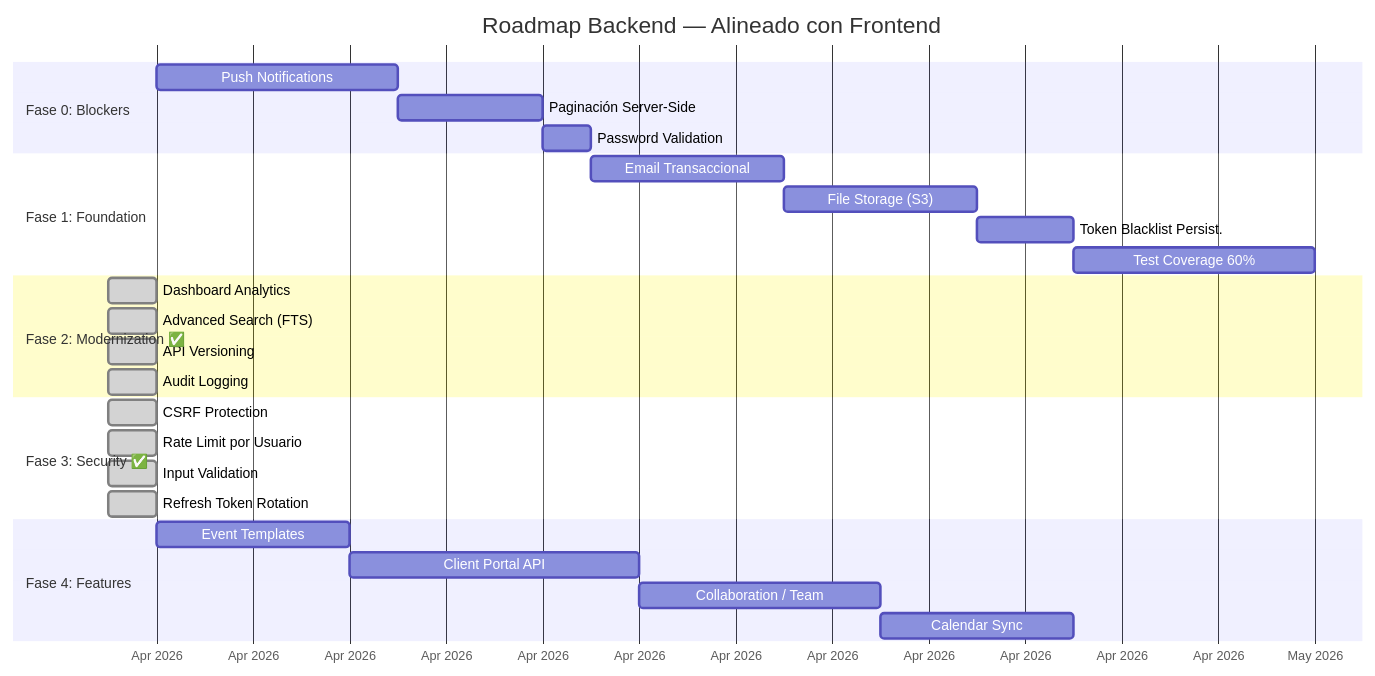
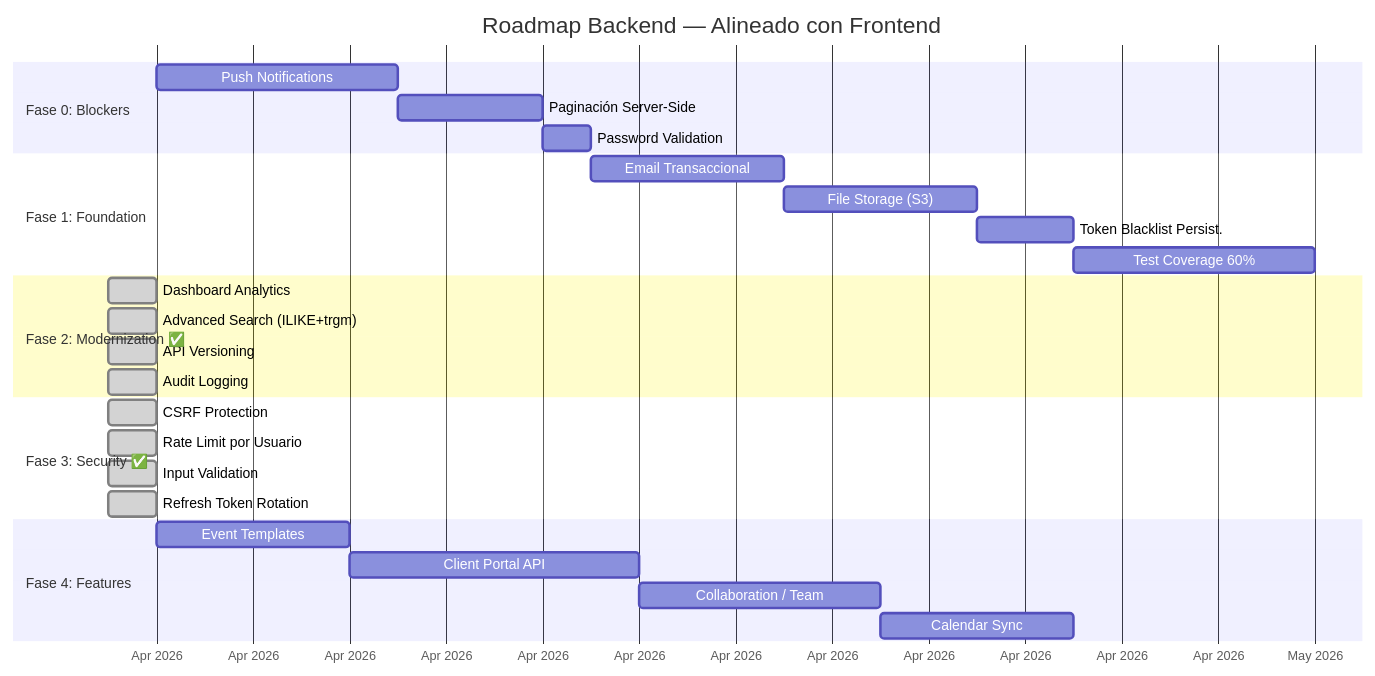
One commit to tiagofur/solennix changed the diagram in docs/Backend/Roadmap Backend.md. Above: the diagram before and after it, drawn with Mermaid. The commit also changed other lines of this file and 3 other files, not shown here.

````diff
--- a/docs/Backend/Roadmap Backend.md
+++ b/docs/Backend/Roadmap Backend.md
@@ -396,35 +398,35 @@
 ```mermaid
 gantt
     title Roadmap Backend — Alineado con Frontend
     dateFormat YYYY-MM-DD
     axisFormat %b %Y
 
     section Fase 0: Blockers
     Push Notifications         :f0a, 2026-04-07, 5d
     Paginación Server-Side     :f0b, after f0a, 3d
     Password Validation        :f0c, after f0b, 1d
 
     section Fase 1: Foundation
     Email Transaccional        :f1a, after f0c, 4d
     File Storage (S3)          :f1b, after f1a, 4d
     Token Blacklist Persist.   :f1c, after f1b, 2d
     Test Coverage 60%          :f1d, after f1c, 5d
 
     section Fase 2: Modernization ✅
     Dashboard Analytics        :done, f2a, 2026-04-06, 1d
-    Advanced Search (FTS)      :done, f2b, 2026-04-06, 1d
+    Advanced Search (ILIKE+trgm) :done, f2b, 2026-04-06, 1d
     API Versioning             :done, f2c, 2026-04-06, 1d
     Audit Logging              :done, f2d, 2026-04-06, 1d
 
     section Fase 3: Security ✅
     CSRF Protection            :done, f3a, 2026-04-06, 1d
     Rate Limit por Usuario     :done, f3b, 2026-04-06, 1d
     Input Validation           :done, f3c, 2026-04-06, 1d
     Refresh Token Rotation     :done, f3d, 2026-04-06, 1d
 
     section Fase 4: Features
     Event Templates            :f4a, after f3d, 4d
     Client Portal API          :f4b, after f4a, 6d
     Collaboration / Team       :f4c, after f4b, 5d
     Calendar Sync              :f4d, after f4c, 4d
 ```
````
